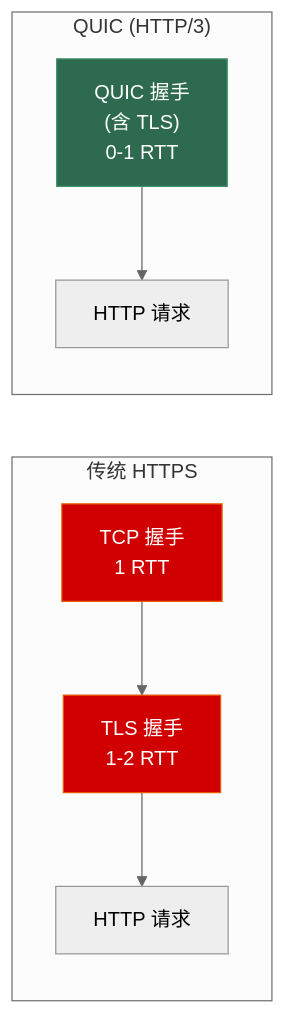
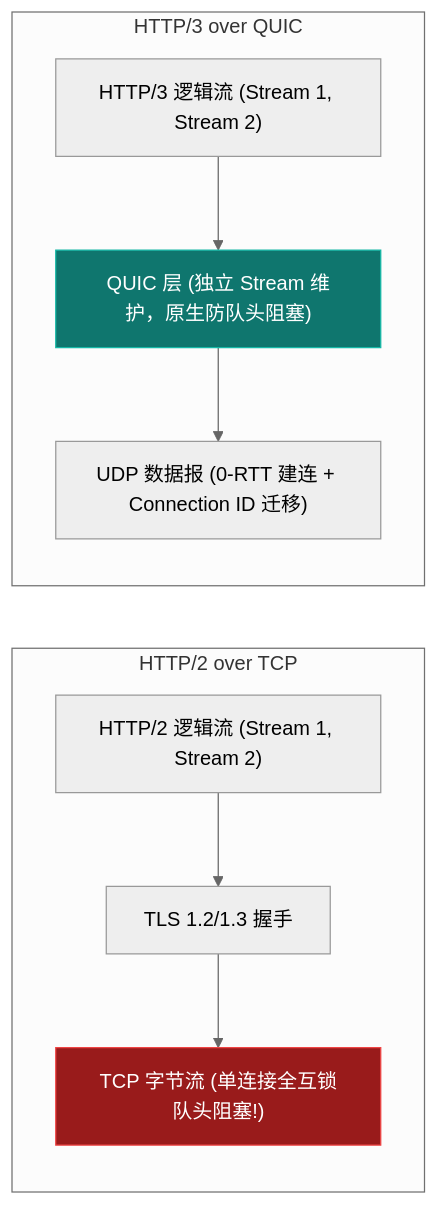
The second of 3 diagrams in src/content/posts/network/03_udp.md (Lumivers/firefly), drawn with Mermaid (neutral theme) before and after one commit. The commit also changed other lines of this file and 18 other files, not shown here.

````diff
--- a/src/content/posts/network/03_udp.md
+++ b/src/content/posts/network/03_udp.md
@@ -183,19 +145,17 @@
 ```mermaid
 graph LR
-    subgraph "传统 HTTPS"
-        tcp1["TCP 握手\n1 RTT"]
-        tls1["TLS 握手\n1-2 RTT"]
-        http1["HTTP 请求"]
-        tcp1 --> tls1 --> http1
+    subgraph "HTTP/2 over TCP"
+        direction TB
+        h2["HTTP/2 逻辑流 (Stream 1, Stream 2)"] --> tls["TLS 1.2/1.3 握手"]
+        tls --> tcp["TCP 字节流 (单连接全互锁队头阻塞!)"]
     end
 
-    subgraph "QUIC (HTTP/3)"
-        quic1["QUIC 握手\n(含 TLS)\n0-1 RTT"]
-        http2["HTTP 请求"]
-        quic1 --> http2
+    subgraph "HTTP/3 over QUIC"
+        direction TB
+        h3["HTTP/3 逻辑流 (Stream 1, Stream 2)"] --> quic["QUIC 层 (独立 Stream 维护，原生防队头阻塞)"]
+        quic --> udp["UDP 数据报 (0-RTT 建连 + Connection ID 迁移)"]
     end
 
-    style tcp1 fill:#d00000,stroke:#e85d04,color:white
-    style tls1 fill:#d00000,stroke:#e85d04,color:white
-    style quic1 fill:#2d6a4f,stroke:#40916c,color:white
+    style tcp fill:#991b1b,stroke:#ef4444,color:white
+    style quic fill:#0f766e,stroke:#14b8a6,color:white
 ```
````
